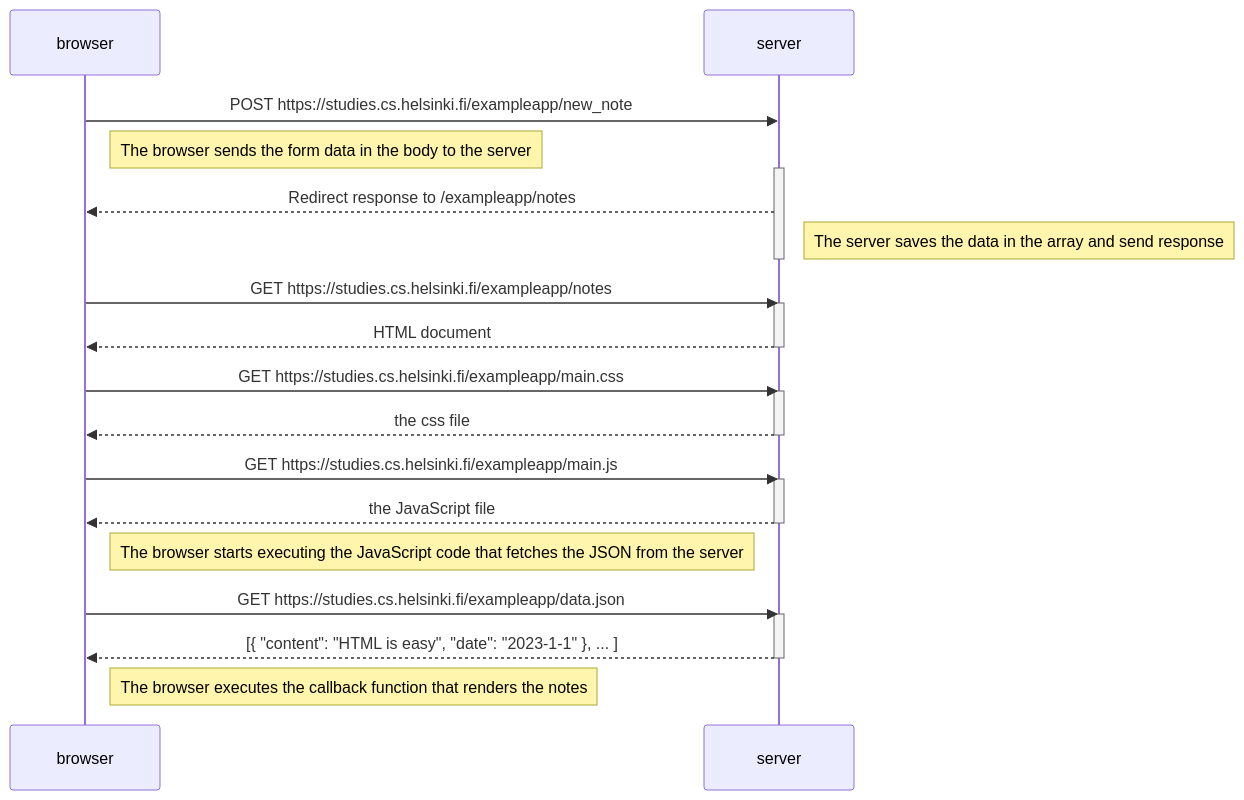
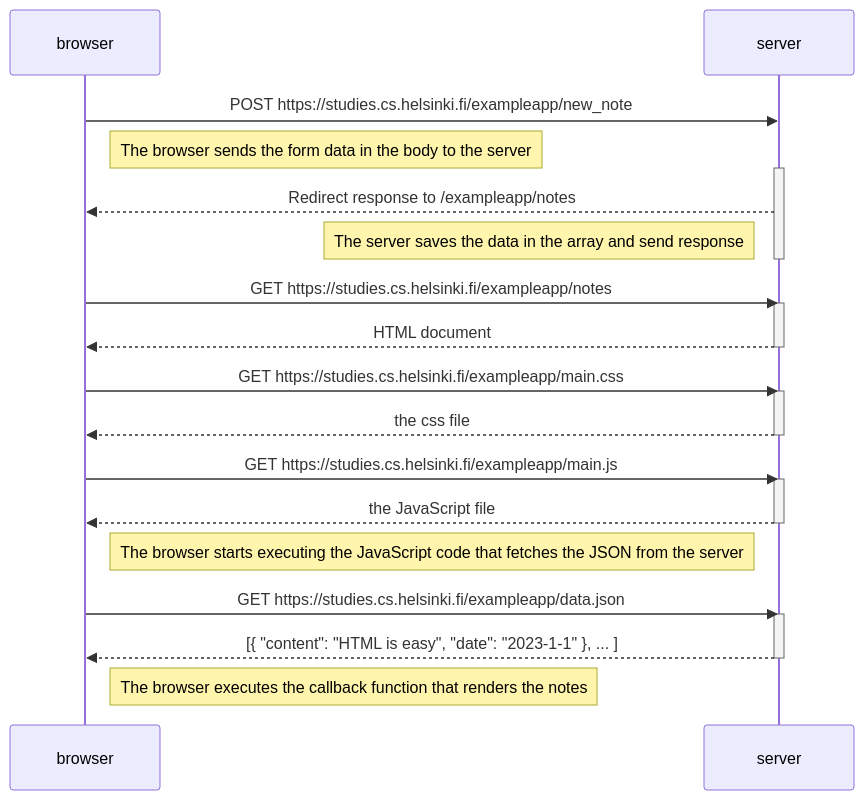
The diagram in part0/Exercise0_4.md (dheerajkrgoyal/fullstackopen), drawn with Mermaid before and after one commit.

Commit message:
Update Exercise0_4.md
shifting comment to the left of the server

````diff
--- a/part0/Exercise0_4.md
+++ b/part0/Exercise0_4.md
@@ -1,36 +1,36 @@
 ```mermaid
 sequenceDiagram
     participant browser
     participant server
     
     browser->>server: POST https://studies.cs.helsinki.fi/exampleapp/new_note
     Note right of browser: The browser sends the form data in the body to the server
     activate server
     server-->>browser: Redirect response to /exampleapp/notes
-    Note right of server: The server saves the data in the array and send response
+    Note left of server: The server saves the data in the array and send response
     deactivate server
 
     browser->>server: GET https://studies.cs.helsinki.fi/exampleapp/notes
     activate server
     server-->>browser: HTML document
     deactivate server
 
     browser->>server: GET https://studies.cs.helsinki.fi/exampleapp/main.css
     activate server
     server-->>browser: the css file
     deactivate server
 
     browser->>server: GET https://studies.cs.helsinki.fi/exampleapp/main.js
     activate server
     server-->>browser: the JavaScript file
     deactivate server
 
     Note right of browser: The browser starts executing the JavaScript code that fetches the JSON from the server
 
     browser->>server: GET https://studies.cs.helsinki.fi/exampleapp/data.json
     activate server
     server-->>browser: [{ "content": "HTML is easy", "date": "2023-1-1" }, ... ]
     deactivate server
 
     Note right of browser: The browser executes the callback function that renders the notes
 ```
````
